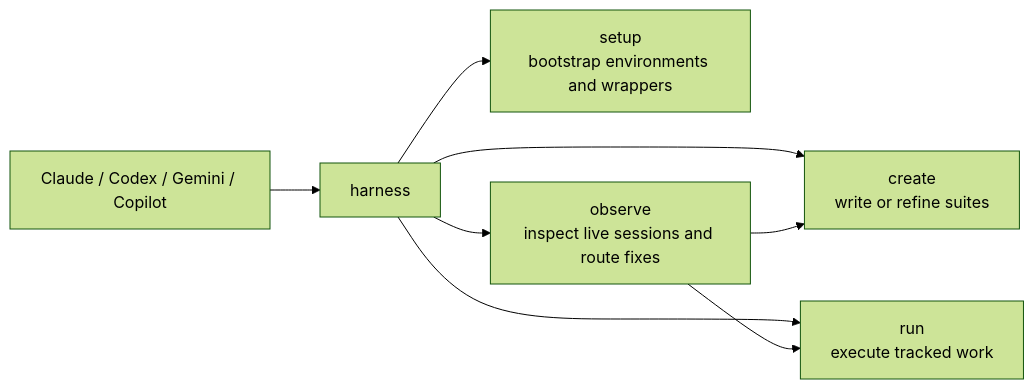
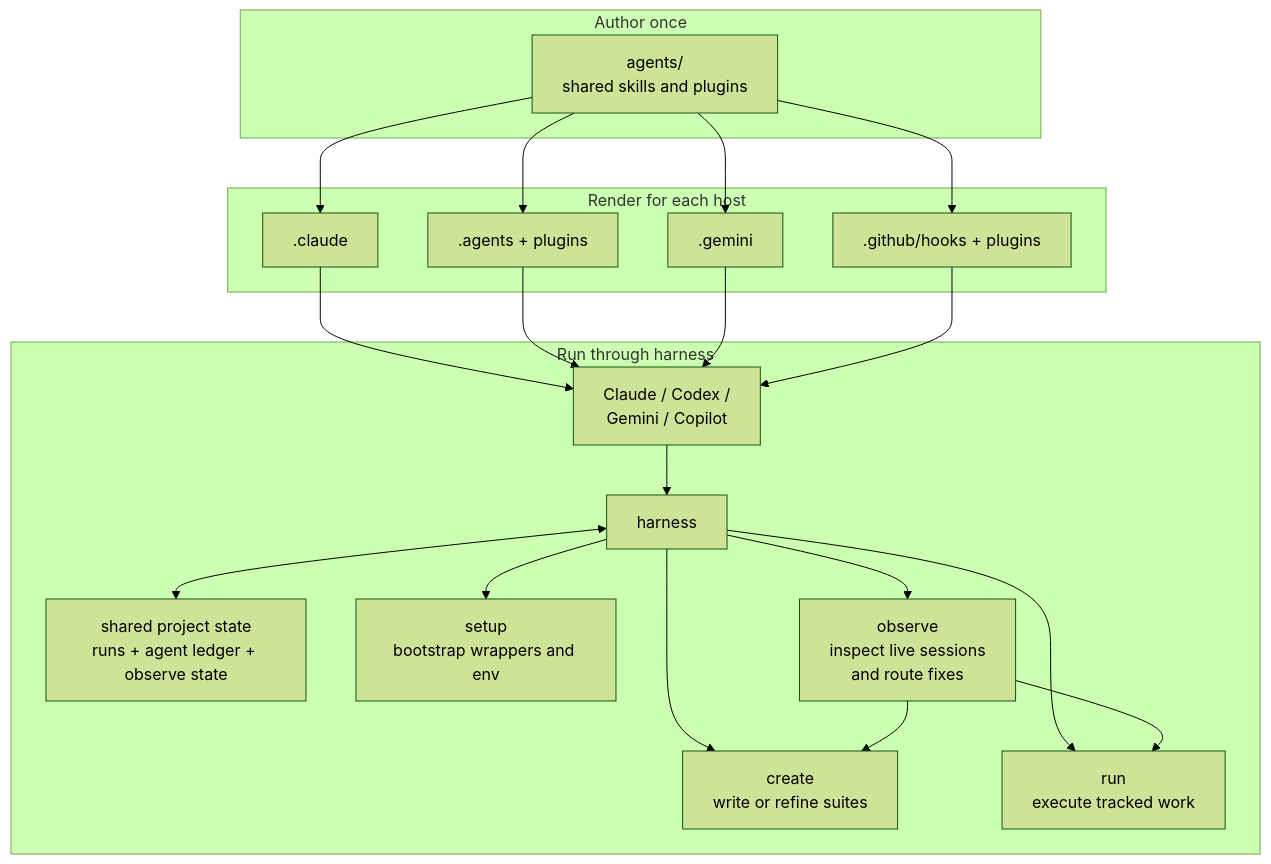
Before and after one commit to smykla-skalski/harness: the diagram in README.md, drawn with Mermaid (forest theme). The commit also changed other lines of this file, not shown here.

Commit message:
docs(readme): improve workflow diagram

````diff
--- a/README.md
+++ b/README.md
@@ -46,10 +46,42 @@
 ```mermaid
-flowchart LR
-    Agents["Claude / Codex / Gemini / Copilot"] --> Harness["harness"]
-    Harness --> Setup["setup\nbootstrap environments and wrappers"]
-    Harness --> Create["create\nwrite or refine suites"]
-    Harness --> Run["run\nexecute tracked work"]
-    Harness --> Observe["observe\ninspect live sessions and route fixes"]
+flowchart TD
+    subgraph Source["Author once"]
+        Assets["agents/\nshared skills and plugins"]
+    end
+
+    subgraph Targets["Render for each host"]
+        Claude[".claude"]
+        Codex[".agents + plugins"]
+        Gemini[".gemini"]
+        Copilot[".github/hooks + plugins"]
+    end
+
+    subgraph Runtime["Run through harness"]
+        Agent["Claude / Codex /\nGemini / Copilot"]
+        Harness["harness"]
+        State["shared project state\nruns + agent ledger + observe state"]
+        Setup["setup\nbootstrap wrappers and env"]
+        Create["create\nwrite or refine suites"]
+        Run["run\nexecute tracked work"]
+        Observe["observe\ninspect live sessions\nand route fixes"]
+    end
+
+    Assets --> Claude
+    Assets --> Codex
+    Assets --> Gemini
+    Assets --> Copilot
+
+    Claude --> Agent
+    Codex --> Agent
+    Gemini --> Agent
+    Copilot --> Agent
+
+    Agent --> Harness
+    Harness <--> State
+    Harness --> Setup
+    Harness --> Create
+    Harness --> Run
+    Harness --> Observe
     Observe --> Create
     Observe --> Run
 ```
````
